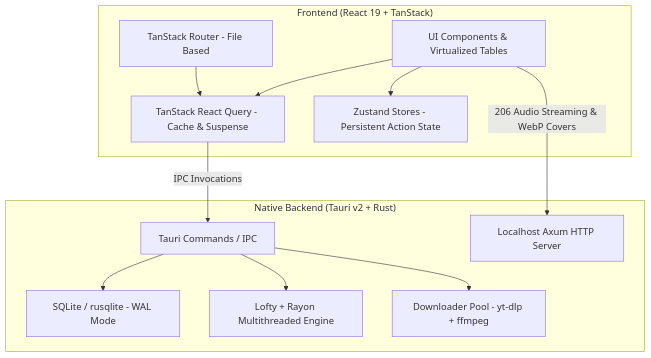
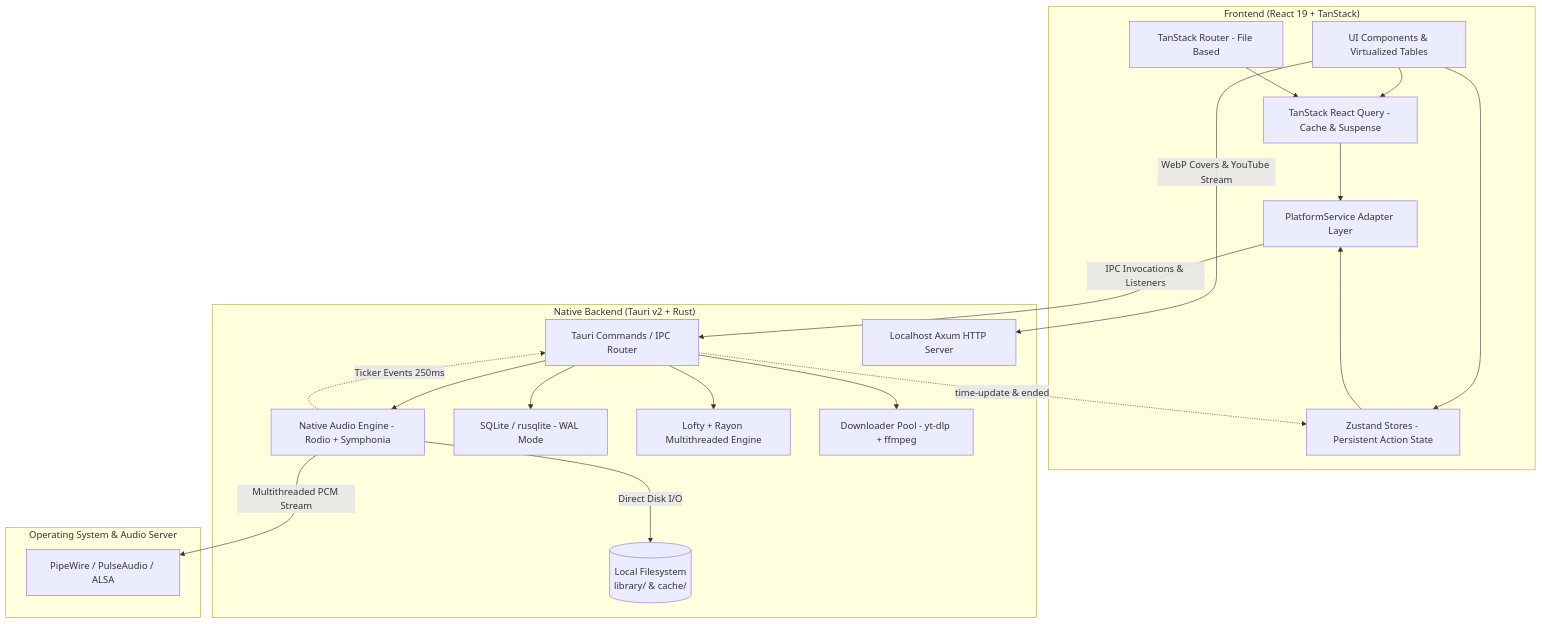
The diagram in docs/en/benchmarks.md (miguedev1047/ongaku), drawn with Mermaid before and after one commit. The commit also changed other lines of this file and 1 other file, not shown here.

Commit message:
docs: update architecture diagrams and native rodio audio engine specifications

````diff
--- a/docs/en/benchmarks.md
+++ b/docs/en/benchmarks.md
@@ -11,26 +11,40 @@
 ```mermaid
 graph TD
     subgraph Frontend ["Frontend (React 19 + TanStack)"]
         UI[UI Components & Virtualized Tables]
         TR[TanStack Router - File Based]
         TQ[TanStack React Query - Cache & Suspense]
         ZS[Zustand Stores - Persistent Action State]
+        ADAPT[PlatformService Adapter Layer]
     end
 
     subgraph Backend ["Native Backend (Tauri v2 + Rust)"]
-        CMD[Tauri Commands / IPC]
+        CMD[Tauri Commands / IPC Router]
+        RODIO[Native Audio Engine - Rodio + Symphonia]
         AXUM[Localhost Axum HTTP Server]
         SQL[SQLite / rusqlite - WAL Mode]
         META[Lofty + Rayon Multithreaded Engine]
         POOL[Downloader Pool - yt-dlp + ffmpeg]
+        FS[("Local Filesystem\nlibrary/ & cache/")]
+    end
+
+    subgraph OS ["Operating System & Audio Server"]
+        AUDIO[PipeWire / PulseAudio / ALSA]
     end
 
     UI --> TQ
     UI --> ZS
     TR --> TQ
-    TQ -->|IPC Invocations| CMD
-    UI -->|206 Audio Streaming & WebP Covers| AXUM
+    TQ --> ADAPT
+    ZS --> ADAPT
+    ADAPT -->|IPC Invocations & Listeners| CMD
+    UI -->|WebP Covers & YouTube Stream| AXUM
+    CMD --> RODIO
     CMD --> SQL
     CMD --> META
     CMD --> POOL
+    RODIO -->|Direct Disk I/O| FS
+    RODIO -->|Multithreaded PCM Stream| AUDIO
+    RODIO -.->|Ticker Events 250ms| CMD
+    CMD -.->|time-update & ended| ZS
 ```
````
